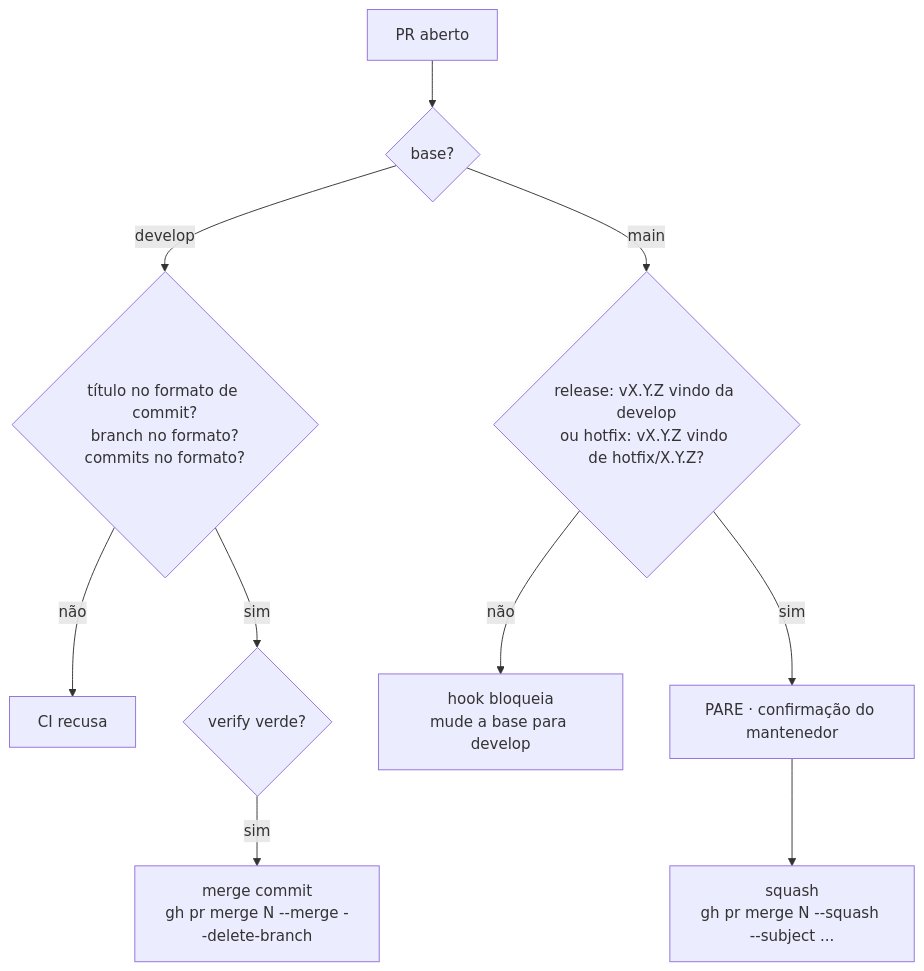
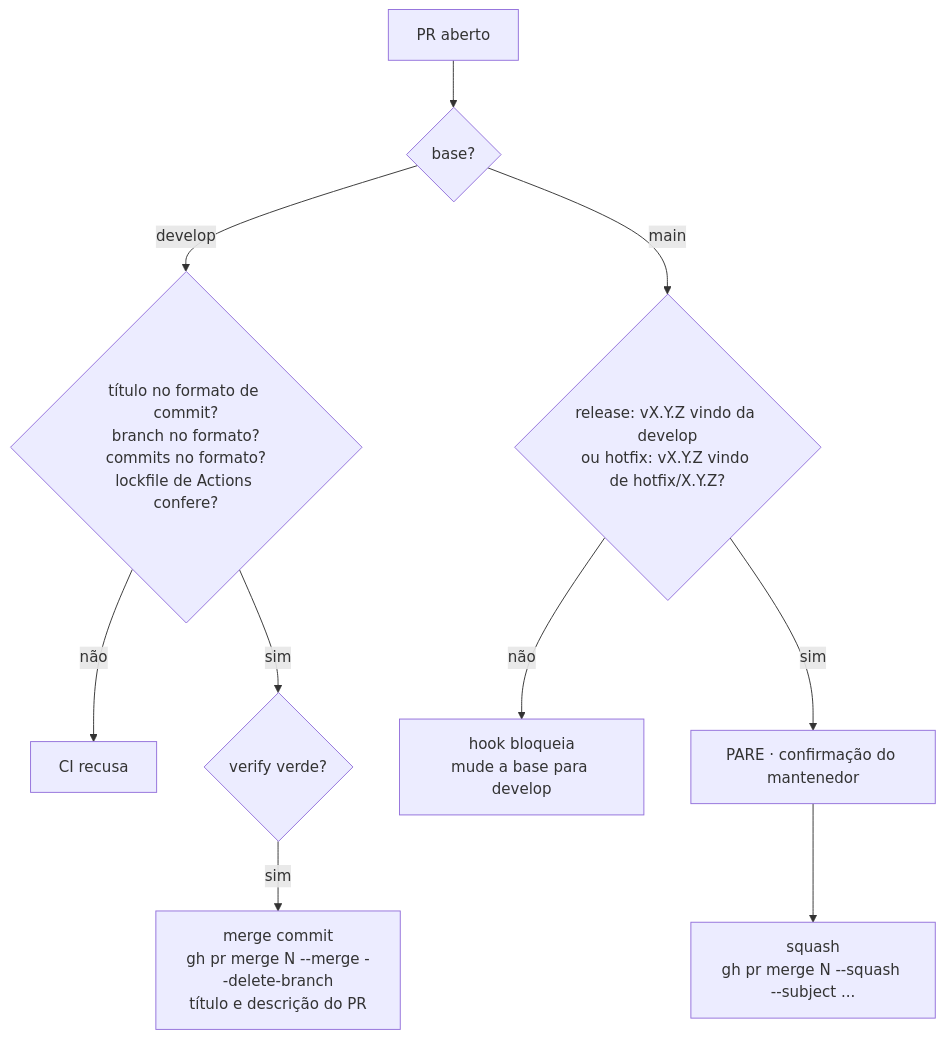
The sixth of 13 diagrams in docs/REGRAS.md (diego-castilho/dev-standards), drawn with Mermaid before and after one commit. The commit also changed other lines of this file and 30 other files, not shown here.

````diff
--- a/docs/REGRAS.md
+++ b/docs/REGRAS.md
@@ -208,12 +225,12 @@
 ```mermaid
 flowchart TD
   PR["PR aberto"] --> BASE{"base?"}
-  BASE -- develop --> T1{"título no formato de commit?<br/>branch no formato?<br/>commits no formato?"}
+  BASE -- develop --> T1{"título no formato de commit?<br/>branch no formato?<br/>commits no formato?<br/>lockfile de Actions confere?"}
   T1 -- não --> X["CI recusa"]
   T1 -- sim --> V{"verify verde?"}
-  V -- sim --> MC["merge commit<br/>gh pr merge N --merge --delete-branch"]
+  V -- sim --> MC["merge commit<br/>gh pr merge N --merge --delete-branch<br/>título e descrição do PR"]
   BASE -- main --> T2{"release: vX.Y.Z vindo da develop<br/>ou hotfix: vX.Y.Z vindo de hotfix/X.Y.Z?"}
   T2 -- não --> RT["hook bloqueia<br/>mude a base para develop"]
   T2 -- sim --> PARE["PARE · confirmação do mantenedor"]
   PARE --> SQ["squash<br/>gh pr merge N --squash --subject ..."]
 ```
````
